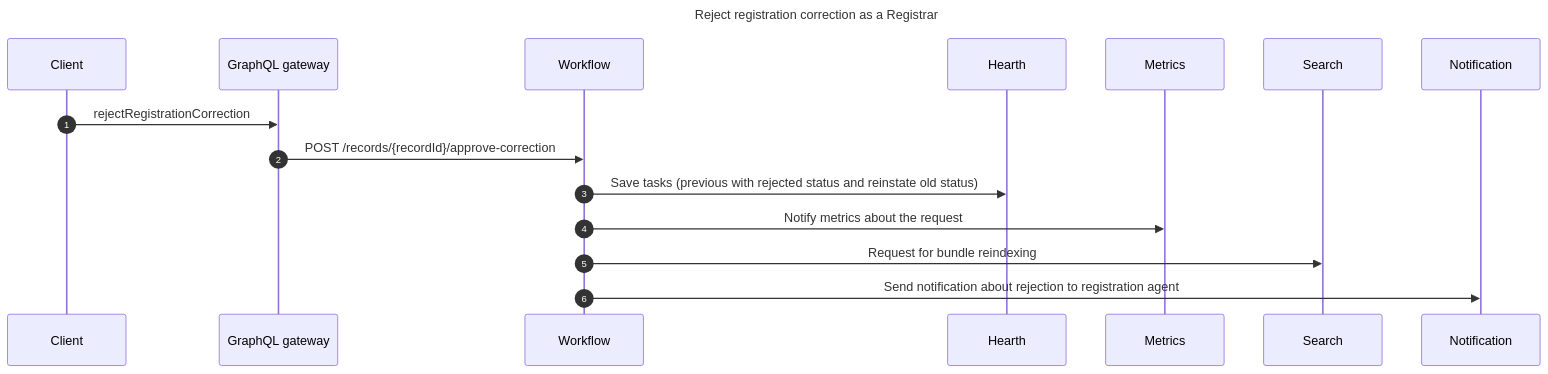
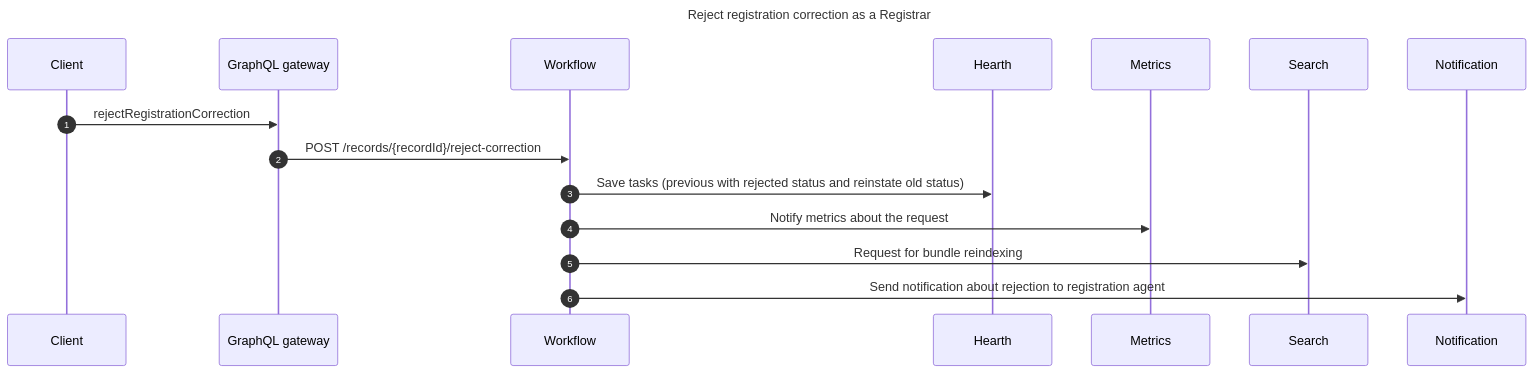
One commit to opencrvs/opencrvs-core changed the diagram in sequence-diagrams/backend/reject-registration-correction.md. Above: the diagram before and after it, drawn with Mermaid. The commit also changed 5 other files, not shown here.

Commit message:
Adding reject correction for death. apply some recommendation comming from code review

````diff
--- a/sequence-diagrams/backend/reject-registration-correction.md
+++ b/sequence-diagrams/backend/reject-registration-correction.md
@@ -3,13 +3,13 @@
 ```mermaid
 ---
 title: Reject registration correction as a Registrar
 ---
 sequenceDiagram
     autonumber
     Client->>GraphQL gateway: rejectRegistrationCorrection
-    GraphQL gateway->>Workflow: POST /records/{recordId}/approve-correction
+    GraphQL gateway->>Workflow: POST /records/{recordId}/reject-correction
     Workflow->>Hearth: Save tasks (previous with rejected status and reinstate old status)
     Workflow->>Metrics: Notify metrics about the request
     Workflow->>Search: Request for bundle reindexing
     Workflow->>Notification: Send notification about rejection to registration agent
 ```
````
